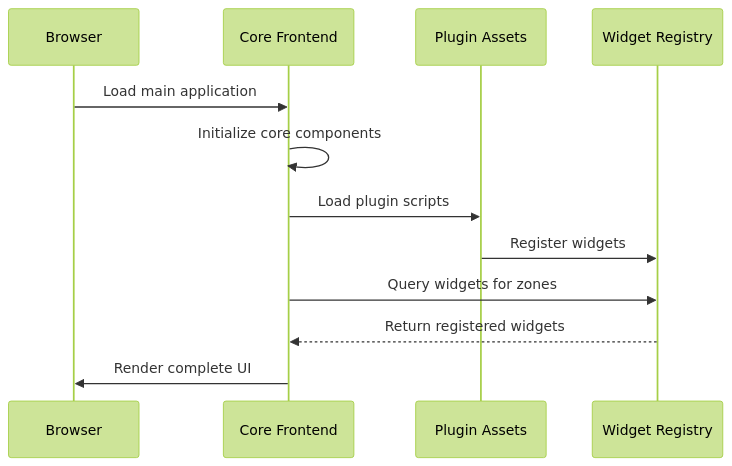
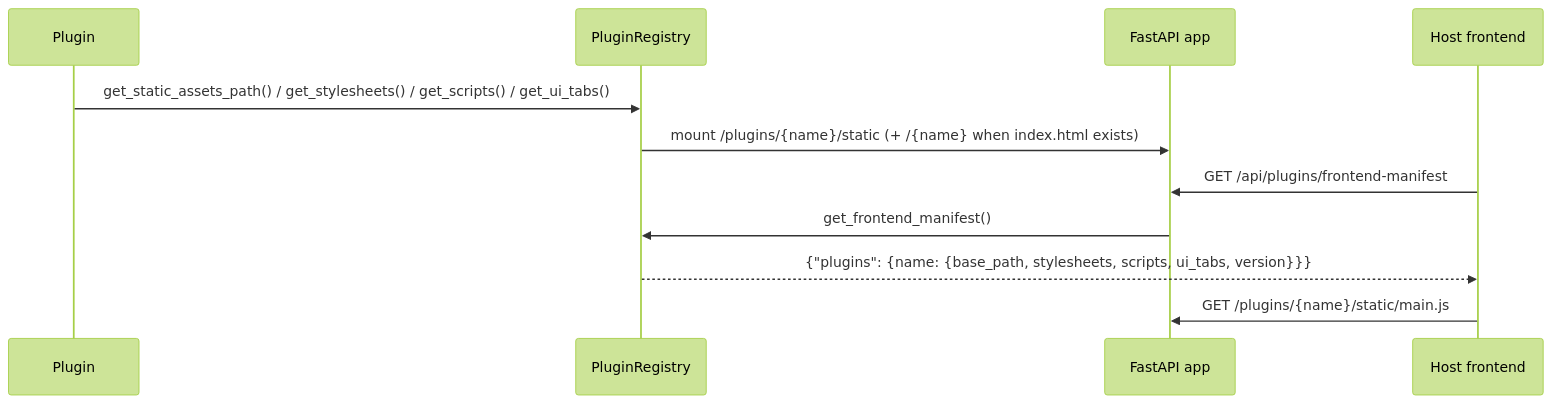
Before and after one commit to baselithcore/baselithcore: the diagram in mkdocs-site/docs/plugins/frontend-integration.md, drawn with Mermaid (forest theme). The commit also changed other lines of this file and 116 other files, not shown here.

Commit message:
docs: update documentation across all core modules, plugins, and architecture guides alongside internal core logic refinements and test suite updates.

````diff
--- a/mkdocs-site/docs/plugins/frontend-integration.md
+++ b/mkdocs-site/docs/plugins/frontend-integration.md
@@ -20,15 +17,14 @@
 ```mermaid
 sequenceDiagram
-    participant B as Browser
-    participant C as Core Frontend
-    participant P as Plugin Assets
-    participant R as Widget Registry
+    participant P as Plugin
+    participant R as PluginRegistry
+    participant A as FastAPI app
+    participant F as Host frontend
 
-    B->>C: Load main application
-    C->>C: Initialize core components
-    C->>P: Load plugin scripts
-    P->>R: Register widgets
-    C->>R: Query widgets for zones
-    R-->>C: Return registered widgets
-    C->>B: Render complete UI
+    P->>R: get_static_assets_path() / get_stylesheets() / get_scripts() / get_ui_tabs()
+    R->>A: mount /plugins/{name}/static (+ /{name} when index.html exists)
+    F->>A: GET /api/plugins/frontend-manifest
+    A->>R: get_frontend_manifest()
+    R-->>F: {"plugins": {name: {base_path, stylesheets, scripts, ui_tabs, version}}}
+    F->>A: GET /plugins/{name}/static/main.js
 ```
````
